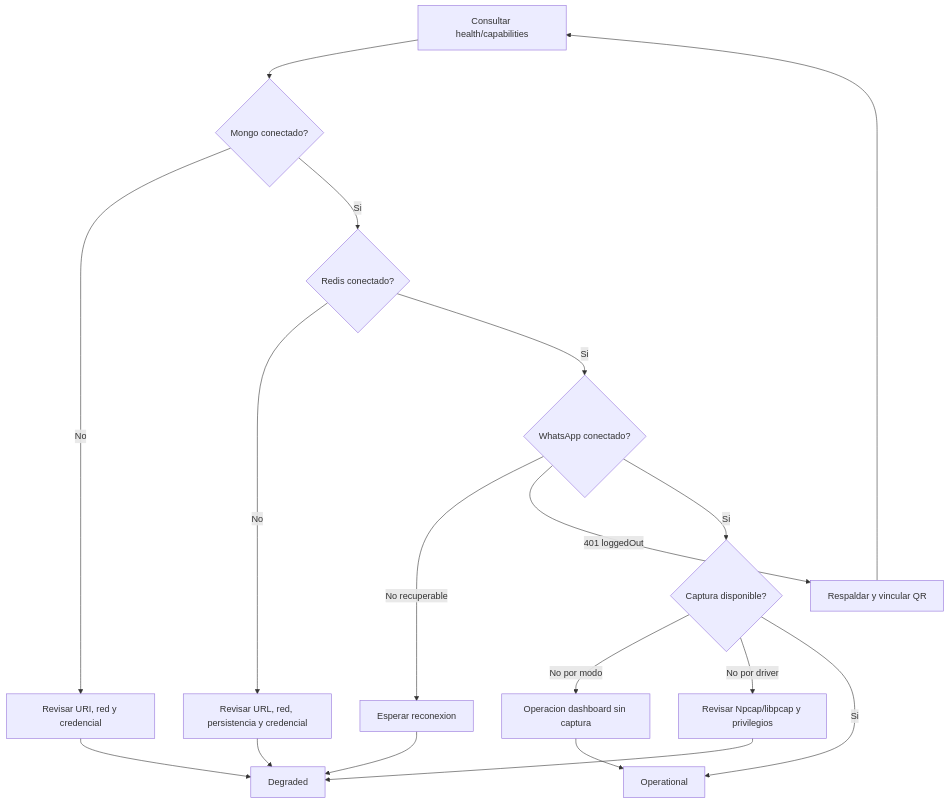
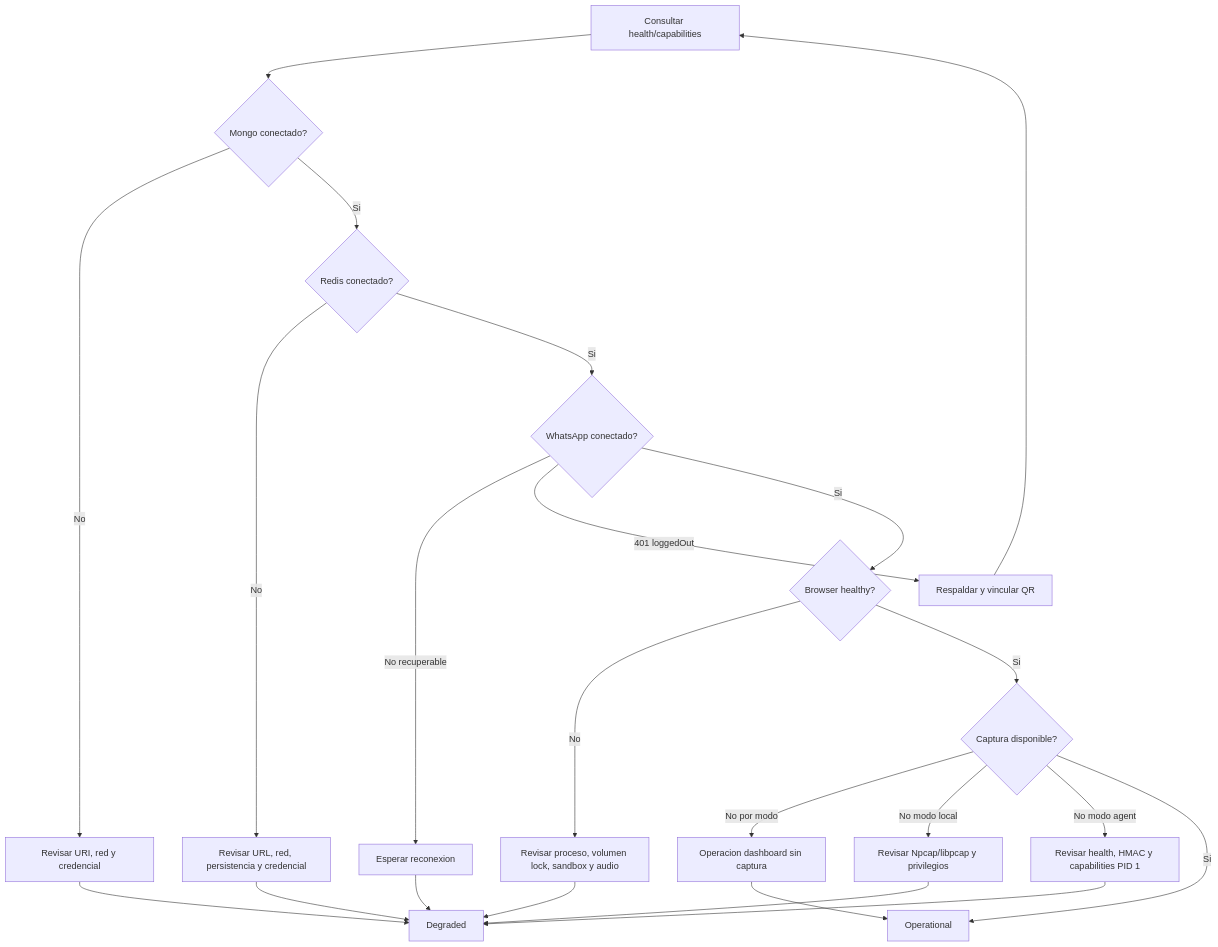
The diagram in docs/diagrams/14-failure-recovery.md (deco31416/wp-monitor), drawn with Mermaid before and after one commit. The commit also changed other lines of this file and 74 other files, not shown here.

````diff
--- a/docs/diagrams/14-failure-recovery.md
+++ b/docs/diagrams/14-failure-recovery.md
@@ -7,28 +7,34 @@
 ```mermaid
 flowchart TD
     Health[Consultar health/capabilities]
     Mongo{Mongo conectado?}
     Redis{Redis conectado?}
     WA{WhatsApp conectado?}
+    Browser{Browser healthy?}
     Capture{Captura disponible?}
     Operational[Operational]
     Degraded[Degraded]
 
     Health --> Mongo
     Mongo -->|No| MongoRunbook[Revisar URI, red y credencial]
     Mongo -->|Si| Redis
     Redis -->|No| RedisRunbook[Revisar URL, red, persistencia y credencial]
     Redis -->|Si| WA
     WA -->|No recuperable| Reconnect[Esperar reconexion]
     WA -->|401 loggedOut| Relink[Respaldar y vincular QR]
-    WA -->|Si| Capture
+    WA -->|Si| Browser
+    Browser -->|No| BrowserRunbook[Revisar proceso, volumen lock, sandbox y audio]
+    Browser -->|Si| Capture
     Capture -->|No por modo| DashboardMode[Operacion dashboard sin captura]
-    Capture -->|No por driver| Driver[Revisar Npcap/libpcap y privilegios]
+    Capture -->|No modo local| Driver[Revisar Npcap/libpcap y privilegios]
+    Capture -->|No modo agent| AgentRunbook[Revisar health, HMAC y capabilities PID 1]
     Capture -->|Si| Operational
     MongoRunbook --> Degraded
     RedisRunbook --> Degraded
     Reconnect --> Degraded
     Relink --> Health
     DashboardMode --> Operational
     Driver --> Degraded
+    AgentRunbook --> Degraded
+    BrowserRunbook --> Degraded
 ```
````
